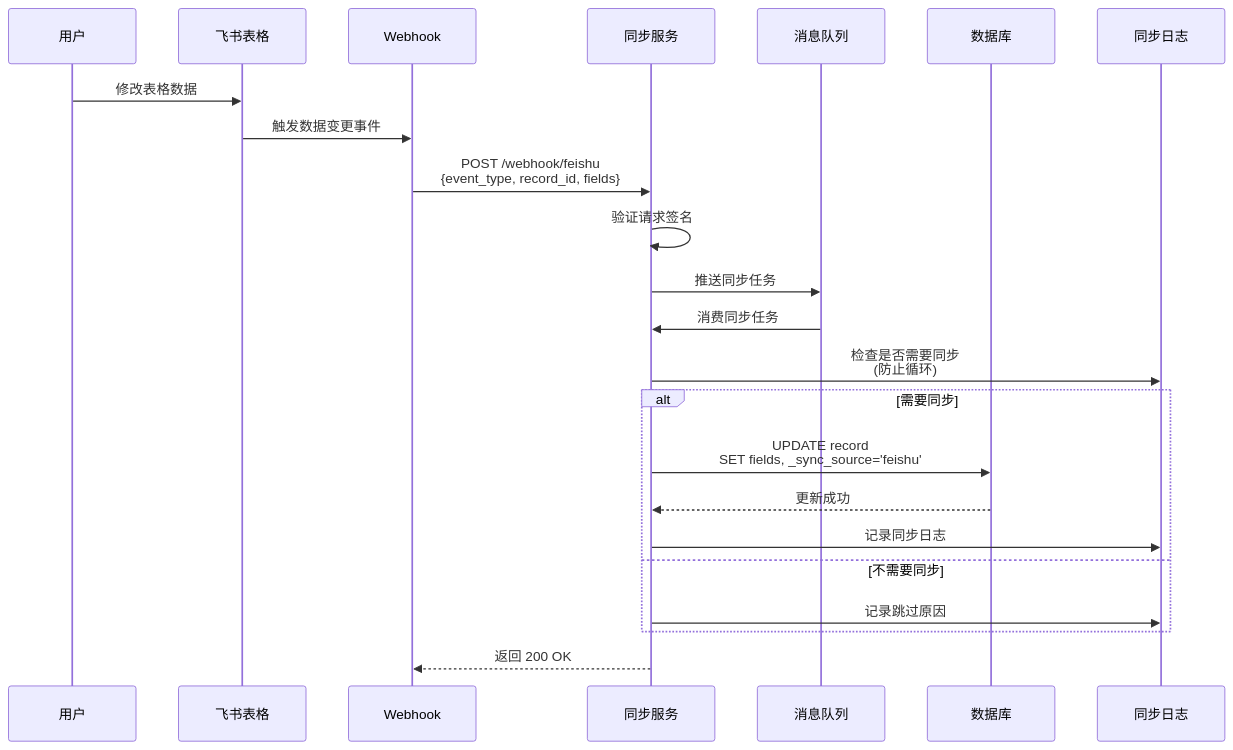
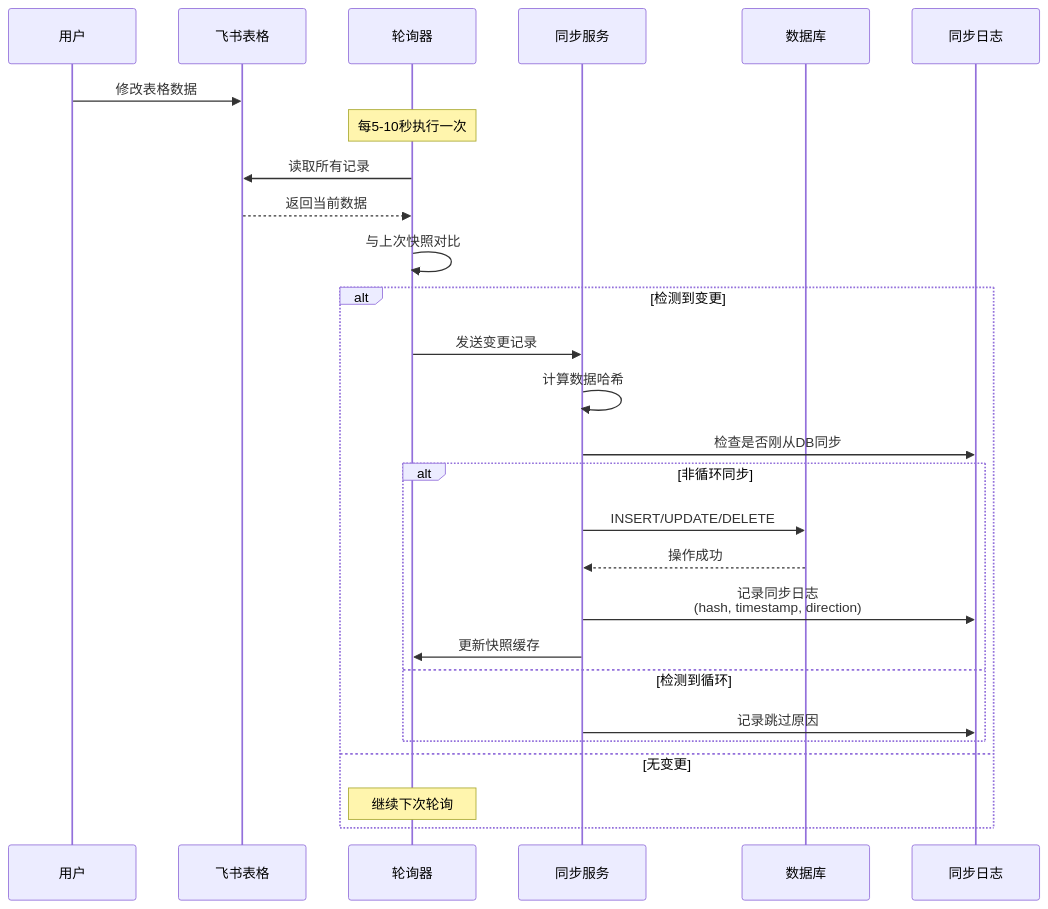
The second of 5 diagrams in README1.md (lory7c/db-fs), drawn with Mermaid before and after one commit. The commit also changed other lines of this file and 4 other files, not shown here.

````diff
--- a/README1.md
+++ b/README1.md
@@ -35,26 +46,30 @@
 ```mermaid
 sequenceDiagram
     participant U as 用户
     participant F as 飞书表格
-    participant W as Webhook
+    participant P as 轮询器
     participant S as 同步服务
-    participant Q as 消息队列
     participant D as 数据库
     participant L as 同步日志
 
     U->>F: 修改表格数据
-    F->>W: 触发数据变更事件
-    W->>S: POST /webhook/feishu<br/>{event_type, record_id, fields}
-    S->>S: 验证请求签名
-    S->>Q: 推送同步任务
-    Q->>S: 消费同步任务
-    S->>L: 检查是否需要同步<br/>(防止循环)
-    alt 需要同步
-        S->>D: UPDATE record<br/>SET fields, _sync_source='feishu'
-        D-->>S: 更新成功
-        S->>L: 记录同步日志
-    else 不需要同步
-        S->>L: 记录跳过原因
+    Note over P: 每5-10秒执行一次
+    P->>F: 读取所有记录
+    F-->>P: 返回当前数据
+    P->>P: 与上次快照对比
+    alt 检测到变更
+        P->>S: 发送变更记录
+        S->>S: 计算数据哈希
+        S->>L: 检查是否刚从DB同步
+        alt 非循环同步
+            S->>D: INSERT/UPDATE/DELETE
+            D-->>S: 操作成功
+            S->>L: 记录同步日志<br/>(hash, timestamp, direction)
+            S->>P: 更新快照缓存
+        else 检测到循环
+            S->>L: 记录跳过原因
+        end
+    else 无变更
+        Note over P: 继续下次轮询
     end
-    S-->>W: 返回 200 OK
 ```
````
